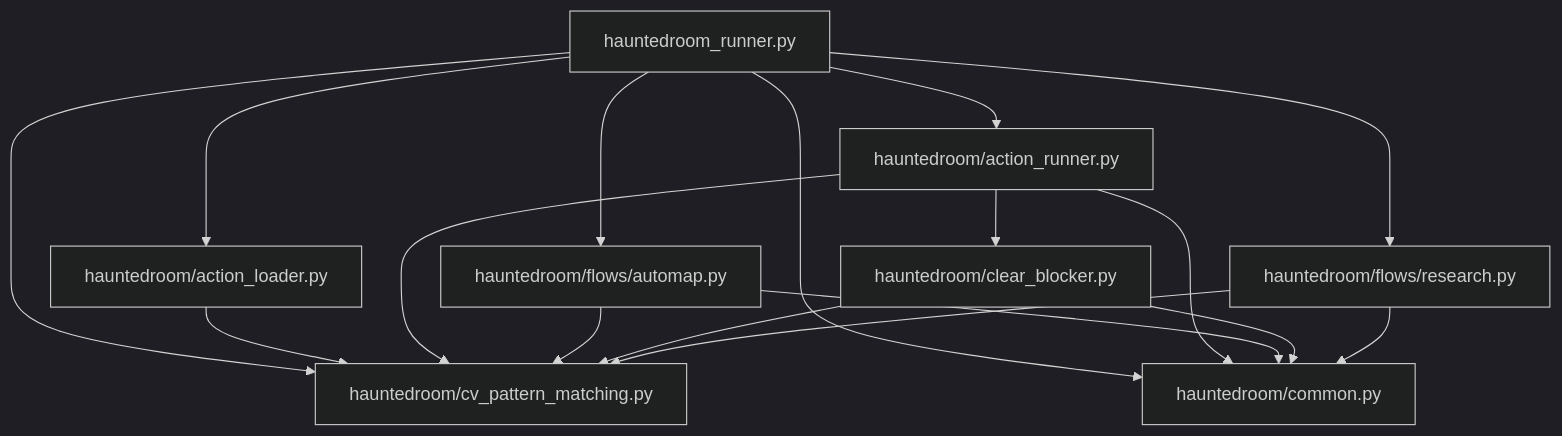
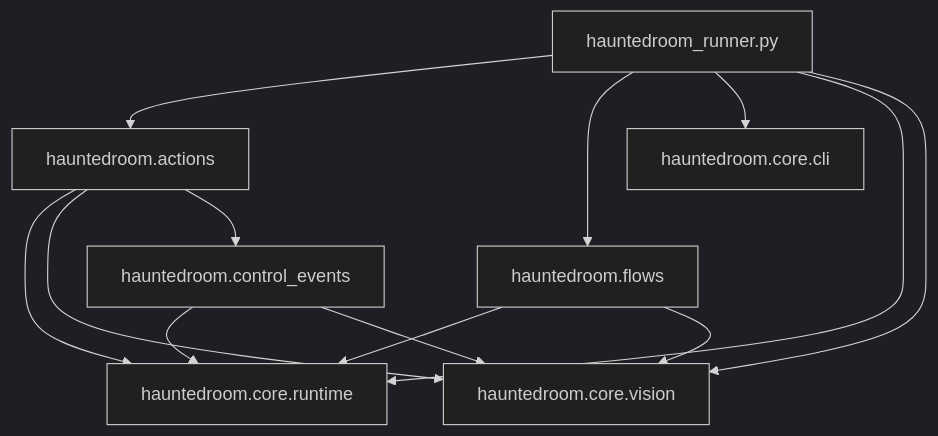
The diagram in ADR_bot.md (nhatduyhy11/burrito-bison-bot), drawn with Mermaid (dark theme) before and after one commit. The commit also changed other lines of this file and 17 other files, not shown here.

````diff
--- a/ADR_bot.md
+++ b/ADR_bot.md
@@ -76,29 +71,23 @@
 ```mermaid
 flowchart TD
-    runner[hauntedroom_runner.py]
-    loader[hauntedroom/action_loader.py]
-    actionRunner[hauntedroom/action_runner.py]
-    automap[hauntedroom/flows/automap.py]
-    blocker[hauntedroom/clear_blocker.py]
-    research[hauntedroom/flows/research.py]
-    common[hauntedroom/common.py]
-    cv[hauntedroom/cv_pattern_matching.py]
+    entry[hauntedroom_runner.py]
+    actions[hauntedroom.actions]
+    flows[hauntedroom.flows]
+    controlEvents[hauntedroom.control_events]
+    cli[hauntedroom.core.cli]
+    runtime[hauntedroom.core.runtime]
+    vision[hauntedroom.core.vision]
 
-    runner --> loader
-    runner --> actionRunner
-    runner --> automap
-    runner --> research
-    runner --> common
-    runner --> cv
-
-    loader --> cv
-    actionRunner --> blocker
-    actionRunner --> common
-    actionRunner --> cv
-    automap --> common
-    automap --> cv
-    blocker --> common
-    blocker --> cv
-    research --> common
-    research --> cv
+    entry --> actions
+    entry --> flows
+    entry --> cli
+    entry --> runtime
+    entry --> vision
+    actions --> runtime
+    actions --> vision
+    actions --> controlEvents
+    flows --> runtime
+    flows --> vision
+    controlEvents --> runtime
+    controlEvents --> vision
 ```
````
